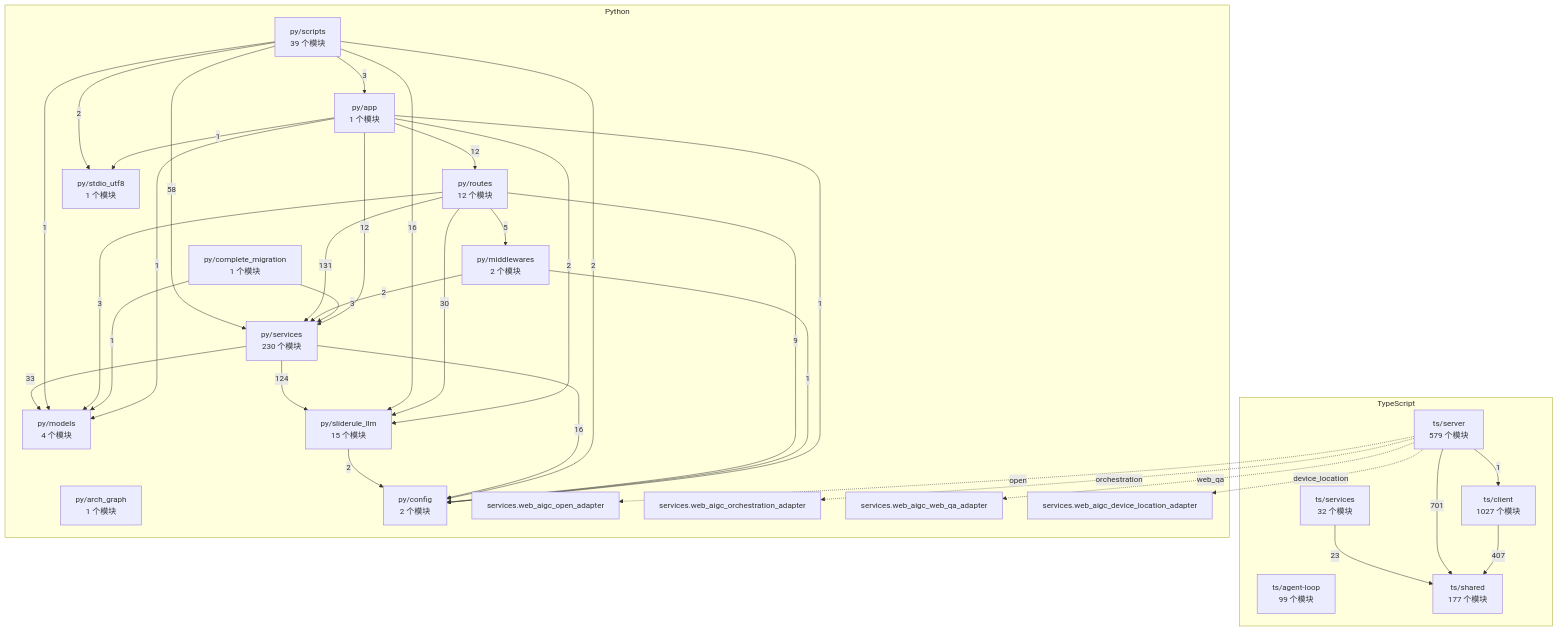
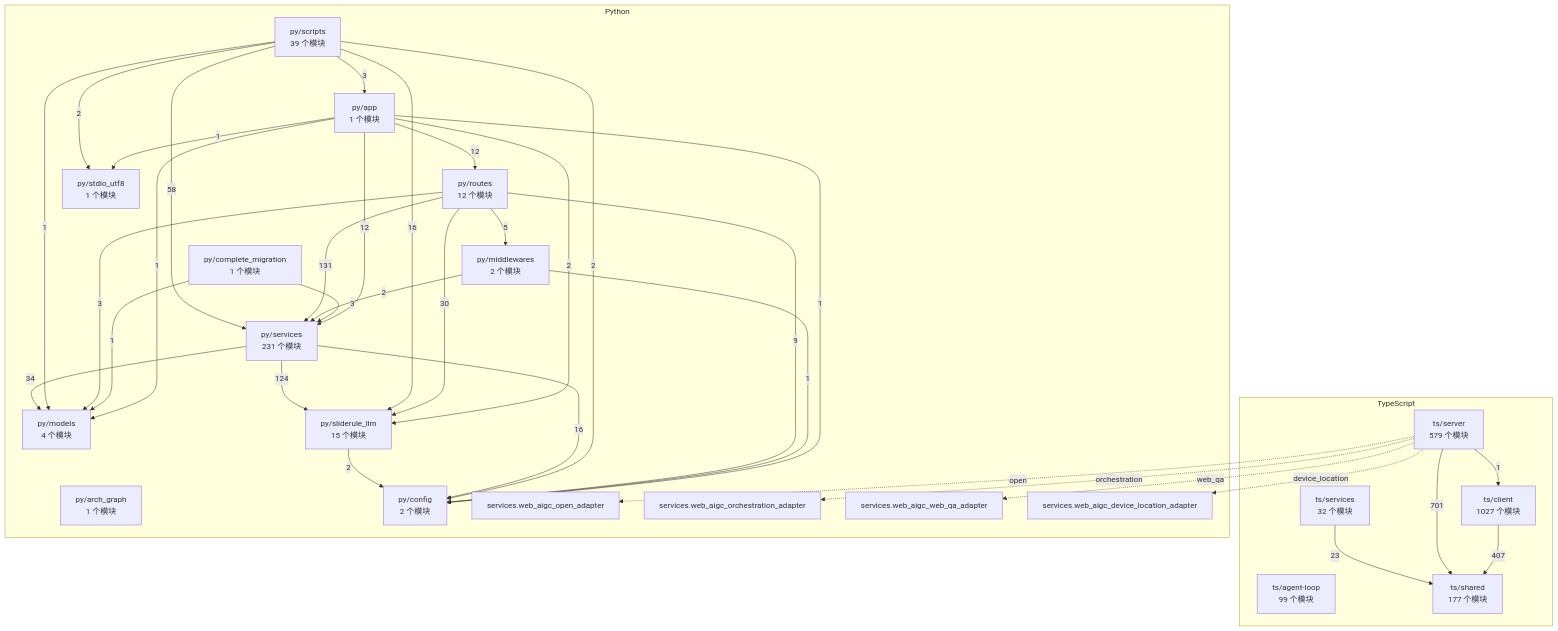
Before and after one commit to 2686521696/WhyBuddy: the diagram in docs/WhyBuddy 全仓架构图（自动生成）.md, drawn with Mermaid. The commit also changed 7 other files, not shown here.

````diff
--- a/docs/WhyBuddy 全仓架构图（自动生成）.md
+++ b/docs/WhyBuddy 全仓架构图（自动生成）.md
@@ -14,60 +14,60 @@
 ```mermaid
 flowchart TB
   subgraph ts [TypeScript]
     ts_agent_loop["ts/agent-loop<br/>99 个模块"]
     ts_client["ts/client<br/>1027 个模块"]
     ts_server["ts/server<br/>579 个模块"]
     ts_services["ts/services<br/>32 个模块"]
     ts_shared["ts/shared<br/>177 个模块"]
   end
   subgraph py [Python]
     py_app["py/app<br/>1 个模块"]
     py_arch_graph["py/arch_graph<br/>1 个模块"]
     py_complete_migration["py/complete_migration<br/>1 个模块"]
     py_config["py/config<br/>2 个模块"]
     py_middlewares["py/middlewares<br/>2 个模块"]
     py_models["py/models<br/>4 个模块"]
     py_routes["py/routes<br/>12 个模块"]
     py_scripts["py/scripts<br/>39 个模块"]
-    py_services["py/services<br/>230 个模块"]
+    py_services["py/services<br/>231 个模块"]
     py_sliderule_llm["py/sliderule_llm<br/>15 个模块"]
     py_stdio_utf8["py/stdio_utf8<br/>1 个模块"]
     py_services_web_aigc_open_adapter["services.web_aigc_open_adapter"]
     py_services_web_aigc_orchestration_adapter["services.web_aigc_orchestration_adapter"]
     py_services_web_aigc_web_qa_adapter["services.web_aigc_web_qa_adapter"]
     py_services_web_aigc_device_location_adapter["services.web_aigc_device_location_adapter"]
   end
   ts_client -->|407| ts_shared
   ts_server -->|1| ts_client
   ts_server -->|701| ts_shared
   ts_services -->|23| ts_shared
   py_app -->|1| py_config
   py_app -->|1| py_models
   py_app -->|12| py_routes
   py_app -->|12| py_services
   py_app -->|2| py_sliderule_llm
   py_app -->|1| py_stdio_utf8
   py_complete_migration -->|1| py_models
   py_complete_migration -->|3| py_services
   py_middlewares -->|1| py_config
   py_middlewares -->|2| py_services
   py_routes -->|9| py_config
   py_routes -->|5| py_middlewares
   py_routes -->|3| py_models
   py_routes -->|131| py_services
   py_routes -->|30| py_sliderule_llm
   py_scripts -->|3| py_app
   py_scripts -->|2| py_config
   py_scripts -->|1| py_models
   py_scripts -->|58| py_services
   py_scripts -->|16| py_sliderule_llm
   py_scripts -->|2| py_stdio_utf8
   py_services -->|16| py_config
-  py_services -->|33| py_models
+  py_services -->|34| py_models
   py_services -->|124| py_sliderule_llm
   py_sliderule_llm -->|2| py_config
   ts_server -.->|open| py_services_web_aigc_open_adapter
   ts_server -.->|orchestration| py_services_web_aigc_orchestration_adapter
   ts_server -.->|web_qa| py_services_web_aigc_web_qa_adapter
   ts_server -.->|device_location| py_services_web_aigc_device_location_adapter
 ```
````
